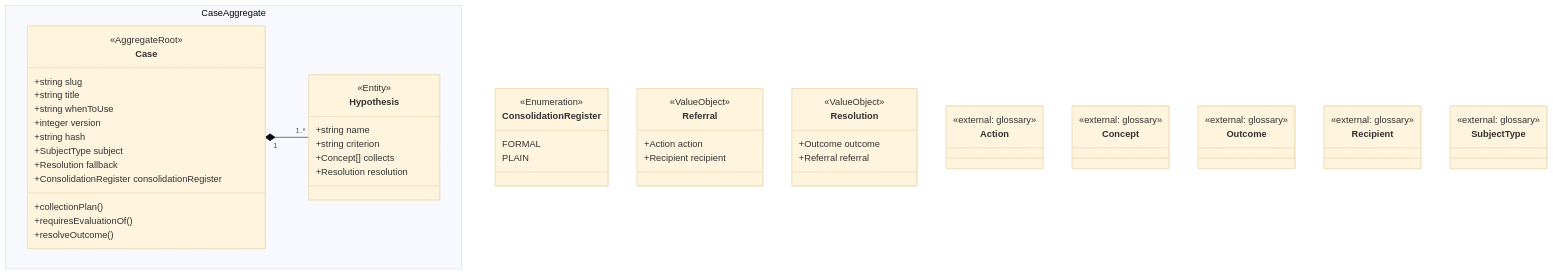
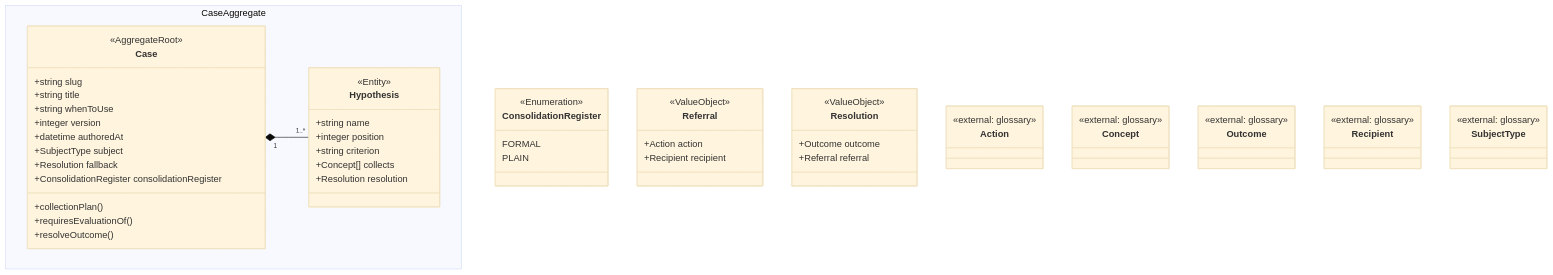
Before and after one commit to zig999/servicedesk: the diagram in knowledge/projections/class-diagram-knowledge.mmd, drawn with Mermaid (base theme). The commit also changed 27 other files, not shown here.

```diff
--- a/knowledge/projections/class-diagram-knowledge.mmd
+++ b/knowledge/projections/class-diagram-knowledge.mmd
@@ -1,55 +1,56 @@
 classDiagram
     namespace CaseAggregate {
         class Case {
             <<AggregateRoot>>
             +string slug
             +string title
             +string whenToUse
             +integer version
-            +string hash
+            +datetime authoredAt
             +SubjectType subject
             +Resolution fallback
             +ConsolidationRegister consolidationRegister
             +collectionPlan()
             +requiresEvaluationOf()
             +resolveOutcome()
         }
         class Hypothesis {
             <<Entity>>
             +string name
+            +integer position
             +string criterion
             +Concept[] collects
             +Resolution resolution
         }
     }
     class ConsolidationRegister {
         <<Enumeration>>
         FORMAL
         PLAIN
     }
     class Referral {
         <<ValueObject>>
         +Action action
         +Recipient recipient
     }
     class Resolution {
         <<ValueObject>>
         +Outcome outcome
         +Referral referral
     }
     class Action {
         <<external: glossary>>
     }
     class Concept {
         <<external: glossary>>
     }
     class Outcome {
         <<external: glossary>>
     }
     class Recipient {
         <<external: glossary>>
     }
     class SubjectType {
         <<external: glossary>>
     }
     Case "1" *-- "1..*" Hypothesis
```
